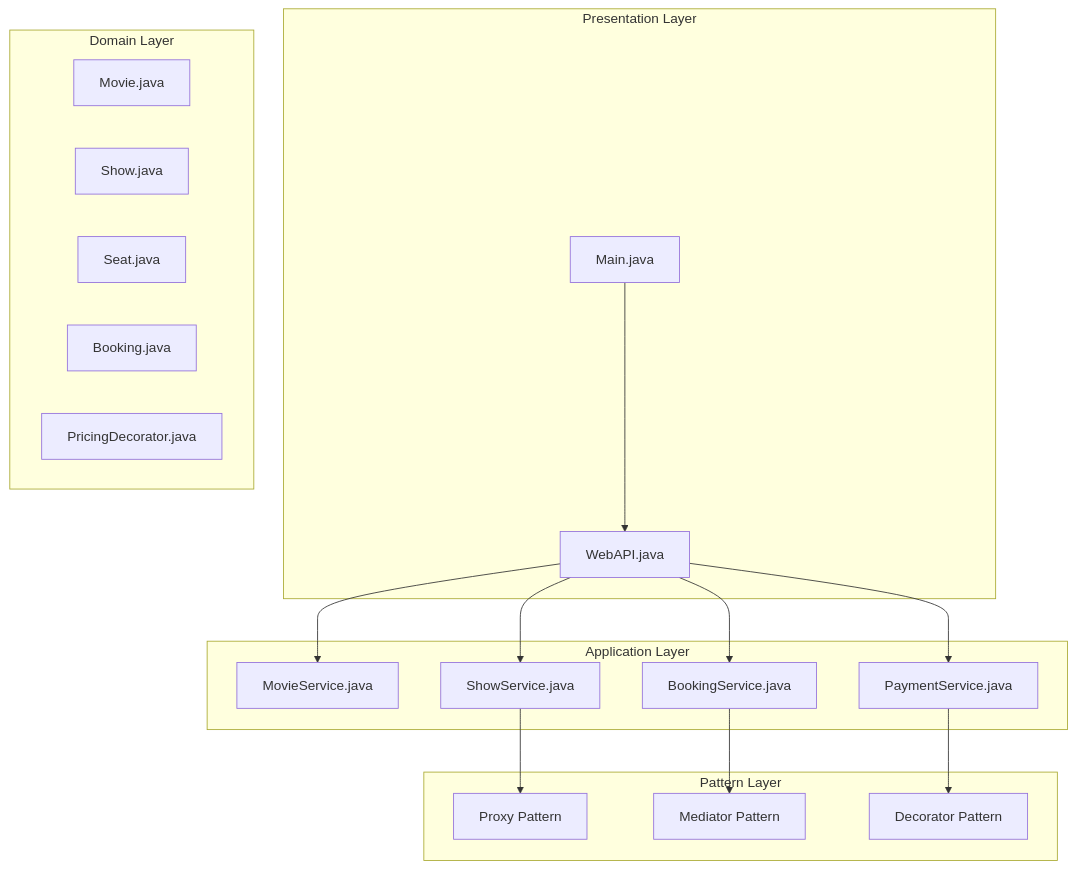
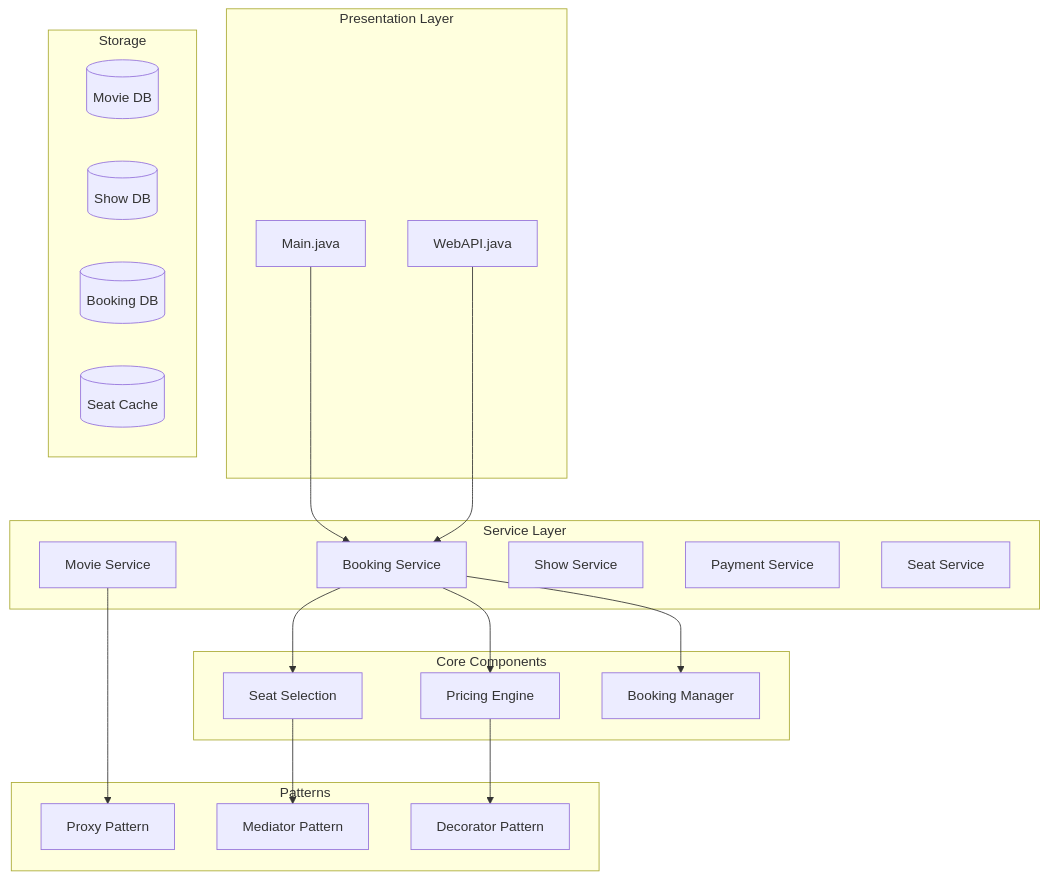
The first of 2 diagrams in 01-programming-languages/Java/02-oop/33-mini-projects/advanced/movie-booking/README.md (javaengineeringacademy/java-engineering-academy), drawn with Mermaid before and after one commit. The commit also changed other lines of this file and 48 other files, not shown here.

First line of the commit message:
fix: final polish for 10/10 - split long READMEs, fix duplicates, add diagrams

````diff
--- a/01-programming-languages/Java/02-oop/33-mini-projects/advanced/movie-booking/README.md
+++ b/01-programming-languages/Java/02-oop/33-mini-projects/advanced/movie-booking/README.md
@@ -45,37 +45,43 @@
 ```mermaid
 graph TB
     subgraph Presentation Layer
         Main[Main.java]
         WebAPI[WebAPI.java]
     end
     
-    subgraph Application Layer
-        MS[MovieService.java]
-        ShS[ShowService.java]
-        BS[BookingService.java]
-        PayS[PaymentService.java]
+    subgraph Service Layer
+        BookingService[Booking Service]
+        MovieService[Movie Service]
+        ShowService[Show Service]
+        PaymentService[Payment Service]
+        SeatService[Seat Service]
     end
     
-    subgraph Pattern Layer
+    subgraph Core Components
+        SeatSelection[Seat Selection]
+        PricingEngine[Pricing Engine]
+        BookingManager[Booking Manager]
+    end
+    
+    subgraph Patterns
         Proxy[Proxy Pattern]
         Mediator[Mediator Pattern]
         Decorator[Decorator Pattern]
     end
     
-    subgraph Domain Layer
-        Movie[Movie.java]
-        Show[Show.java]
-        Seat[Seat.java]
-        Booking[Booking.java]
-        Pricing[PricingDecorator.java]
+    subgraph Storage
+        MovieDB[(Movie DB)]
+        ShowDB[(Show DB)]
+        BookingDB[(Booking DB)]
+        SeatCache[(Seat Cache)]
     end
     
-    Main --> WebAPI
-    WebAPI --> MS
-    WebAPI --> ShS
-    WebAPI --> BS
-    WebAPI --> PayS
-    BS --> Mediator
-    PayS --> Decorator
-    ShS --> Proxy
+    Main --> BookingService
+    WebAPI --> BookingService
+    BookingService --> SeatSelection
+    BookingService --> PricingEngine
+    BookingService --> BookingManager
+    SeatSelection --> Mediator
+    PricingEngine --> Decorator
+    MovieService --> Proxy
 ```
````
